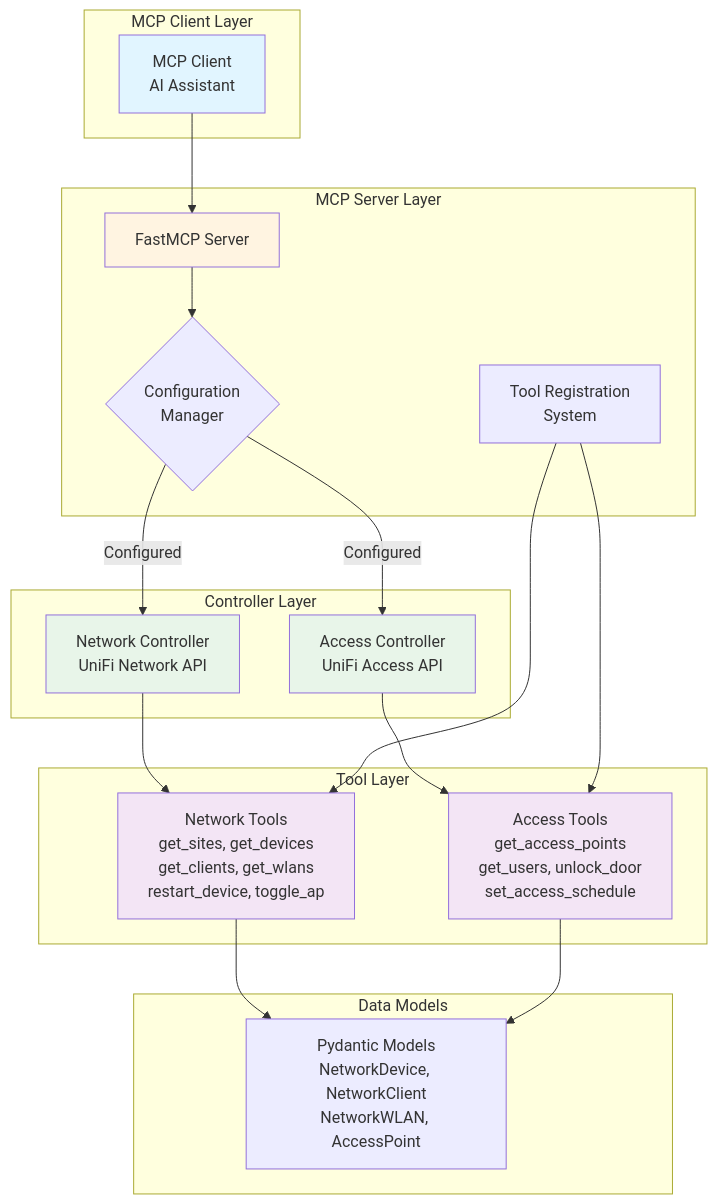
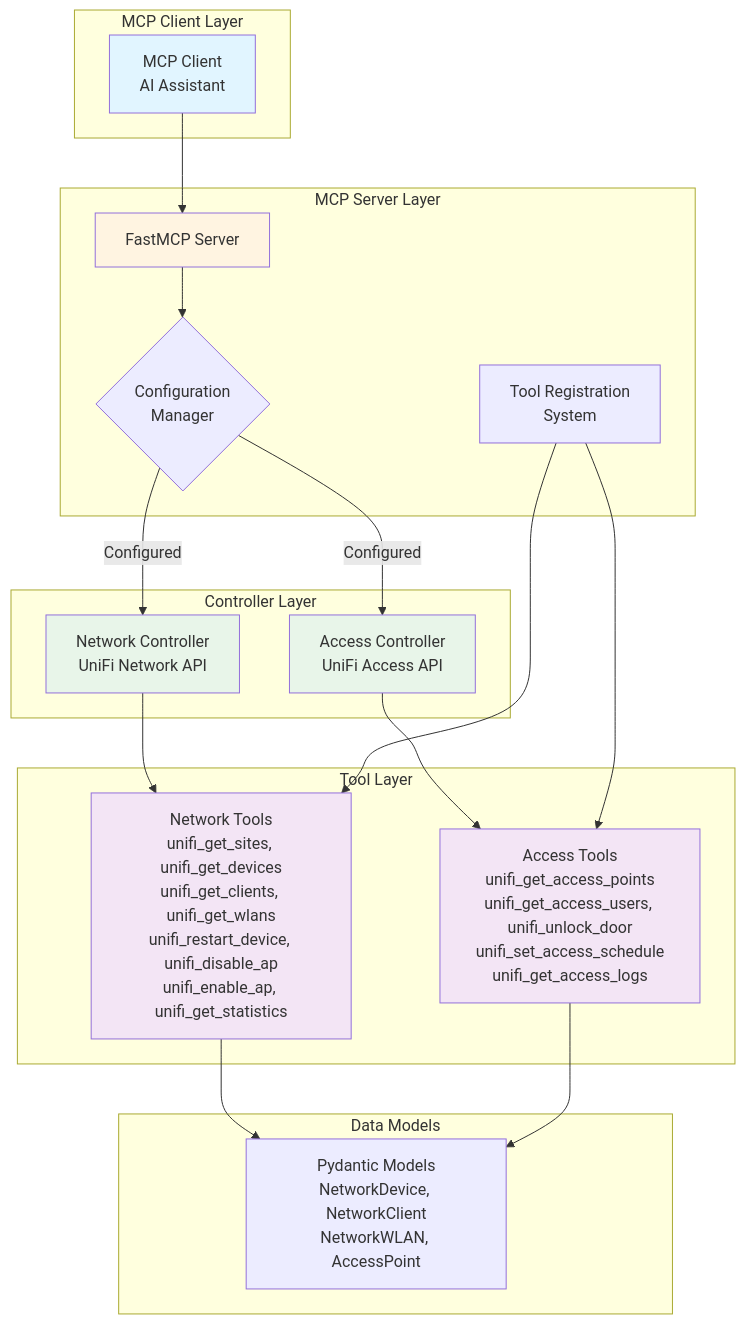
One commit to lesleslie/unifi-mcp changed the diagram in README.md. Above: the diagram before and after it, drawn with Mermaid. The commit also changed other lines of this file, not shown here.

````diff
--- a/README.md
+++ b/README.md
@@ -17,44 +17,44 @@
 ```mermaid
 graph TB
     subgraph "MCP Client Layer"
         A[MCP Client<br/>AI Assistant]
     end
 
     subgraph "MCP Server Layer"
         B[FastMCP Server]
         C{Configuration<br/>Manager}
         F[Tool Registration<br/>System]
     end
 
     subgraph "Controller Layer"
         D[Network Controller<br/>UniFi Network API]
         E[Access Controller<br/>UniFi Access API]
     end
 
     subgraph "Tool Layer"
-        G[Network Tools<br/>get_sites, get_devices<br/>get_clients, get_wlans<br/>restart_device, toggle_ap]
-        H[Access Tools<br/>get_access_points<br/>get_users, unlock_door<br/>set_access_schedule]
+        G[Network Tools<br/>unifi_get_sites, unifi_get_devices<br/>unifi_get_clients, unifi_get_wlans<br/>unifi_restart_device, unifi_disable_ap<br/>unifi_enable_ap, unifi_get_statistics]
+        H[Access Tools<br/>unifi_get_access_points<br/>unifi_get_access_users, unifi_unlock_door<br/>unifi_set_access_schedule<br/>unifi_get_access_logs]
     end
 
     subgraph "Data Models"
         I[Pydantic Models<br/>NetworkDevice, NetworkClient<br/>NetworkWLAN, AccessPoint]
     end
 
     A --> B
     B --> C
     C -->|Configured| D
     C -->|Configured| E
     D --> G
     E --> H
     F --> G
     F --> H
     G --> I
     H --> I
 
     style A fill:#e1f5ff
     style B fill:#fff4e1
     style D fill:#e8f5e9
     style E fill:#e8f5e9
     style G fill:#f3e5f5
     style H fill:#f3e5f5
 ```
````
